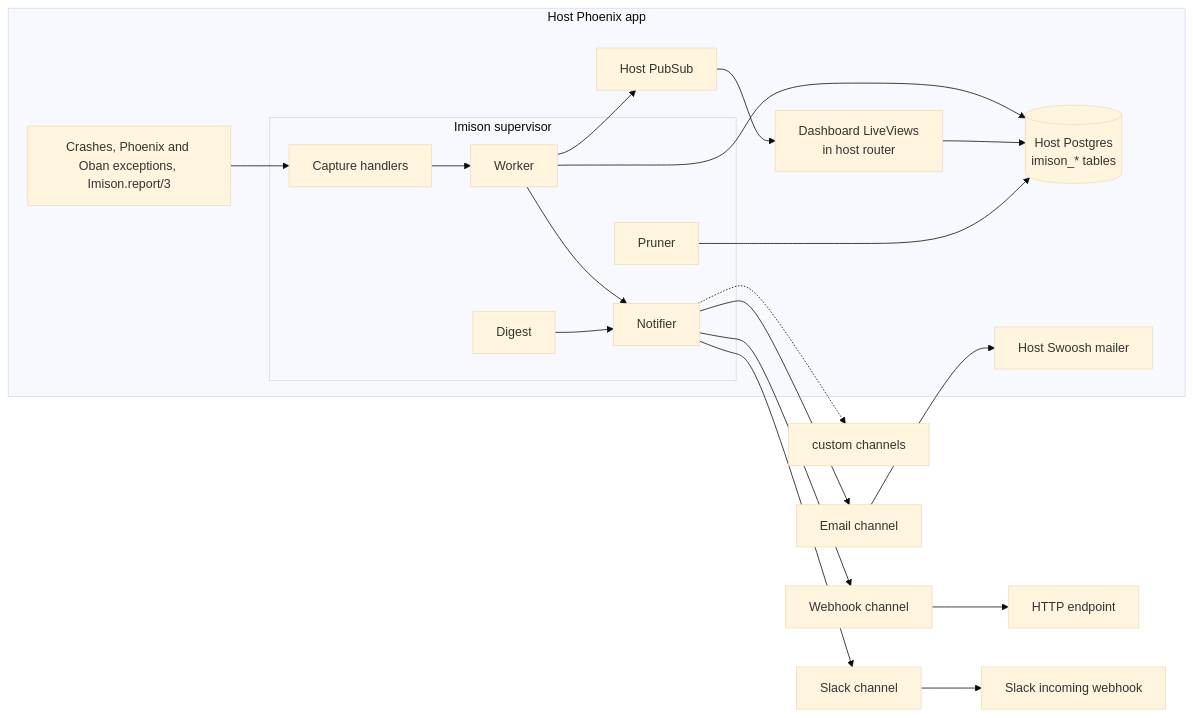
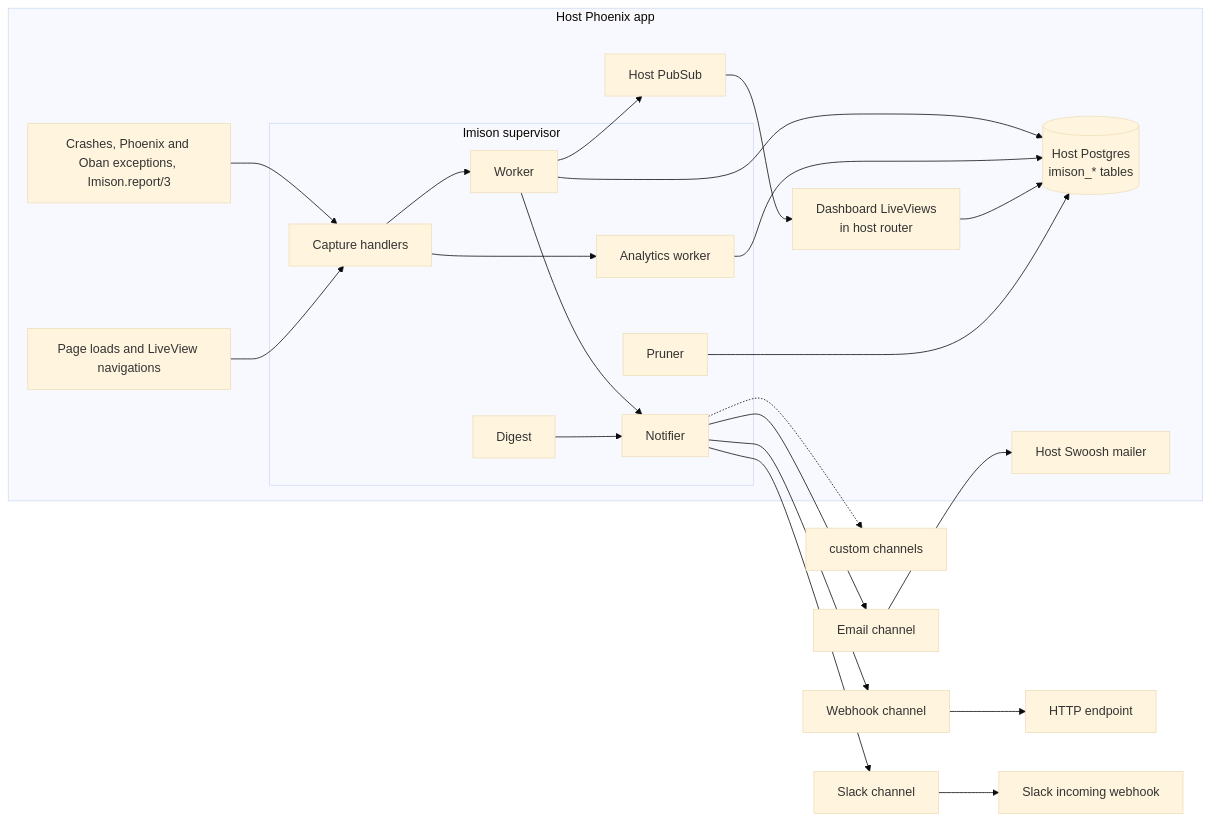
Before and after one commit to elpikel/imison: the diagram in docs/PROJECT.md, drawn with Mermaid (base theme). The commit also changed other lines of this file and 79 other files, not shown here.

````diff
--- a/docs/PROJECT.md
+++ b/docs/PROJECT.md
@@ -13,25 +13,29 @@
 ```mermaid
 flowchart LR
   subgraph host[Host Phoenix app]
     crash[Crashes, Phoenix and Oban exceptions, Imison.report/3]
+    pages[Page loads and LiveView navigations]
     subgraph imison[Imison supervisor]
       capture[Capture handlers] --> worker[Worker]
+      capture --> analytics[Analytics worker]
       worker --> notifier[Notifier]
       pruner[Pruner]
       digest[Digest] --> notifier
     end
     repo[(Host Postgres<br/>imison_* tables)]
     pubsub[Host PubSub]
     dash[Dashboard LiveViews<br/>in host router]
     mailer[Host Swoosh mailer]
   end
   crash --> capture
+  pages --> capture
   worker --> repo
+  analytics --> repo
   worker --> pubsub --> dash
   dash --> repo
   pruner --> repo
   notifier --> email[Email channel] --> mailer
   notifier --> webhook[Webhook channel] --> endpoint[HTTP endpoint]
   notifier --> slack[Slack channel] --> slackhook[Slack incoming webhook]
   notifier -.-> more[custom channels]
 ```
````
